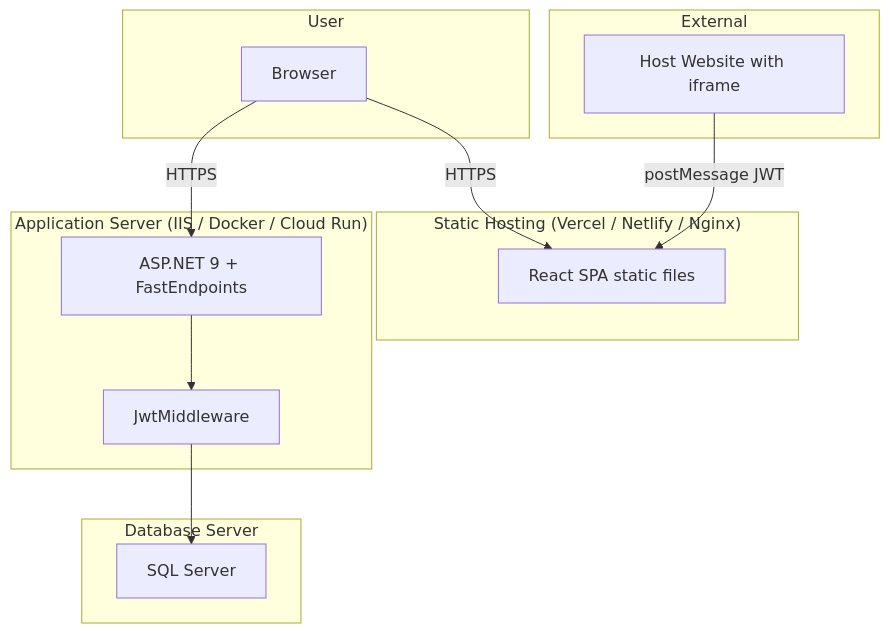
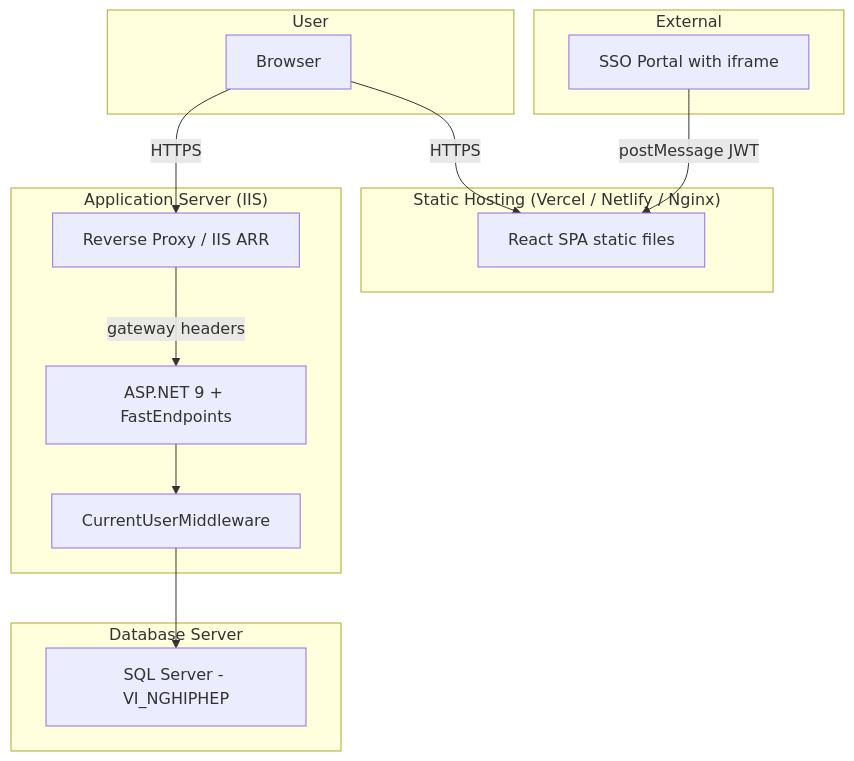
The seventh of 7 diagrams in docs/system-architecture.md (Ali-AnNT/qlnp-ttcds), drawn with Mermaid before and after one commit. The commit also changed other lines of this file and 60 other files, not shown here.

````diff
--- a/docs/system-architecture.md
+++ b/docs/system-architecture.md
@@ -275,25 +268,27 @@
 ```mermaid
 graph TD
     subgraph "Static Hosting (Vercel / Netlify / Nginx)"
         SPA[React SPA static files]
     end
-    subgraph "Application Server (IIS / Docker / Cloud Run)"
+    subgraph "Application Server (IIS)"
+        RP[Reverse Proxy / IIS ARR]
         API[ASP.NET 9 + FastEndpoints]
-        MW[JwtMiddleware]
+        MW[CurrentUserMiddleware]
     end
     subgraph "Database Server"
-        DB[SQL Server]
+        DB[SQL Server - VI_NGHIPHEP]
     end
     subgraph "External"
-        Host[Host Website with iframe]
+        Host[SSO Portal with iframe]
     end
     subgraph "User"
         Browser[Browser]
     end
 
     Browser -->|HTTPS| SPA
-    Browser -->|HTTPS| API
+    Browser -->|HTTPS| RP
+    RP -->|gateway headers| API
     Host -->|postMessage JWT| SPA
     API --> MW
     MW --> DB
 ```
````
